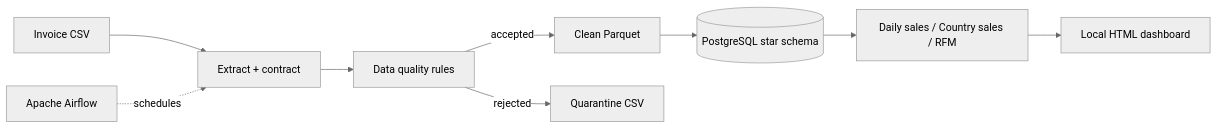
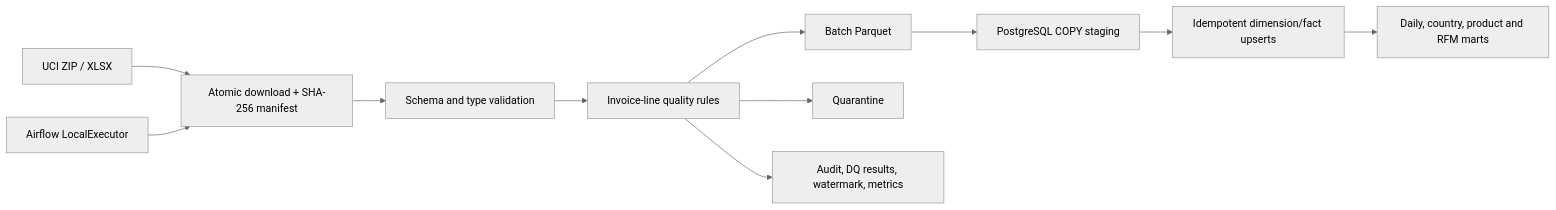
The diagram in README.md (npgb2505/ecommerce-invoice-etl-local), drawn with Mermaid (neutral theme) before and after one commit. The commit also changed other lines of this file and 20 other files, not shown here.

````diff
--- a/README.md
+++ b/README.md
@@ -13,11 +26,13 @@
 ```mermaid
 flowchart LR
-    A[Invoice CSV] --> B[Extract + contract]
-    B --> C[Data quality rules]
-    C -->|accepted| D[Clean Parquet]
-    C -->|rejected| E[Quarantine CSV]
-    D --> F[(PostgreSQL star schema)]
-    F --> G[Daily sales / Country sales / RFM]
-    G --> H[Local HTML dashboard]
-    I[Apache Airflow] -. schedules .-> B
+    A["UCI ZIP / XLSX"] --> B["Atomic download + SHA-256 manifest"]
+    B --> C["Schema and type validation"]
+    C --> D["Invoice-line quality rules"]
+    D --> P["Batch Parquet"]
+    D --> Q["Quarantine"]
+    P --> S["PostgreSQL COPY staging"]
+    S --> U["Idempotent dimension/fact upserts"]
+    U --> M["Daily, country, product and RFM marts"]
+    D --> O["Audit, DQ results, watermark, metrics"]
+    AF["Airflow LocalExecutor"] --> B
 ```
````
